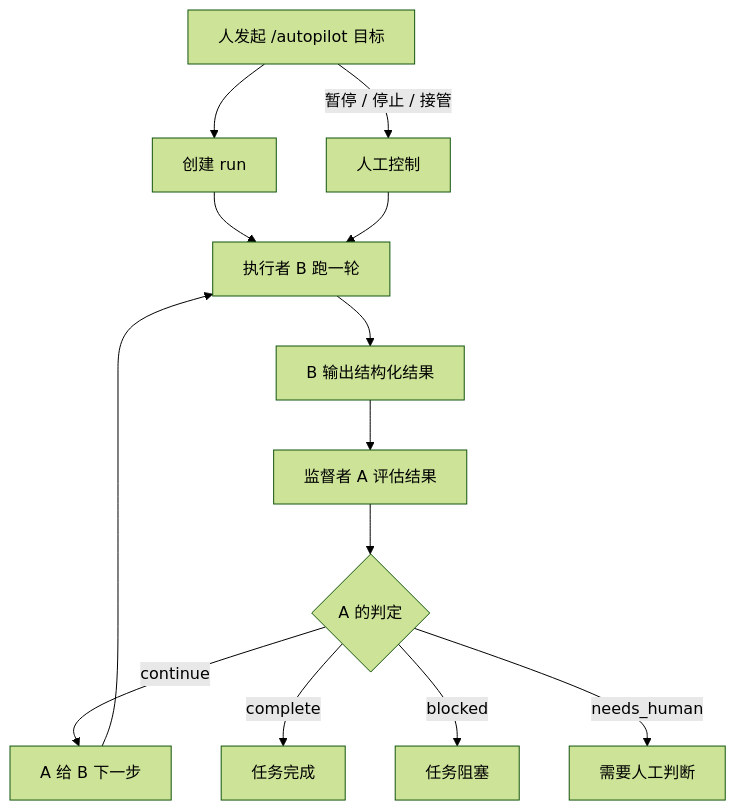
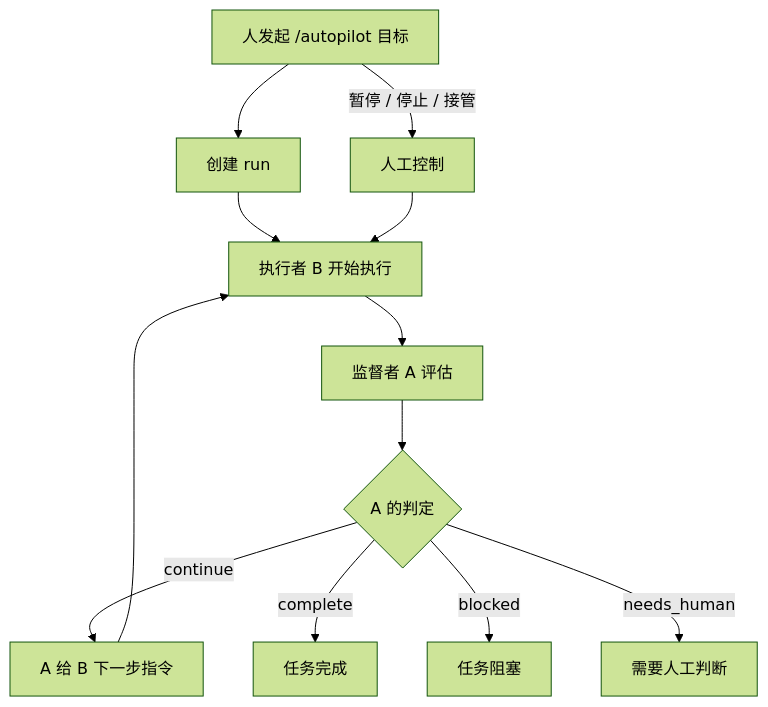
The first of 2 diagrams in README_CN.md (Re13orn/openfish), drawn with Mermaid (forest theme) before and after one commit. The commit also changed other lines of this file and 1 other file, not shown here.

````diff
--- a/README_CN.md
+++ b/README_CN.md
@@ -162,18 +134,17 @@
 ```mermaid
 flowchart TD
     H[人发起 /autopilot 目标] --> R[创建 run]
-    R --> W[执行者 B 跑一轮]
-    W --> BO[B 输出结构化结果]
-    BO --> A[监督者 A 评估结果]
+    R --> W[执行者 B 开始执行]
+    W --> A[监督者 A 评估]
     A --> D{A 的判定}
 
-    D -->|continue| N[A 给 B 下一步]
+    D -->|continue| N[A 给 B 下一步指令]
     N --> W
 
     D -->|complete| C[任务完成]
     D -->|blocked| B[任务阻塞]
     D -->|needs_human| U[需要人工判断]
 
     H -->|暂停 / 停止 / 接管| CTRL[人工控制]
     CTRL --> W
 ```
````
